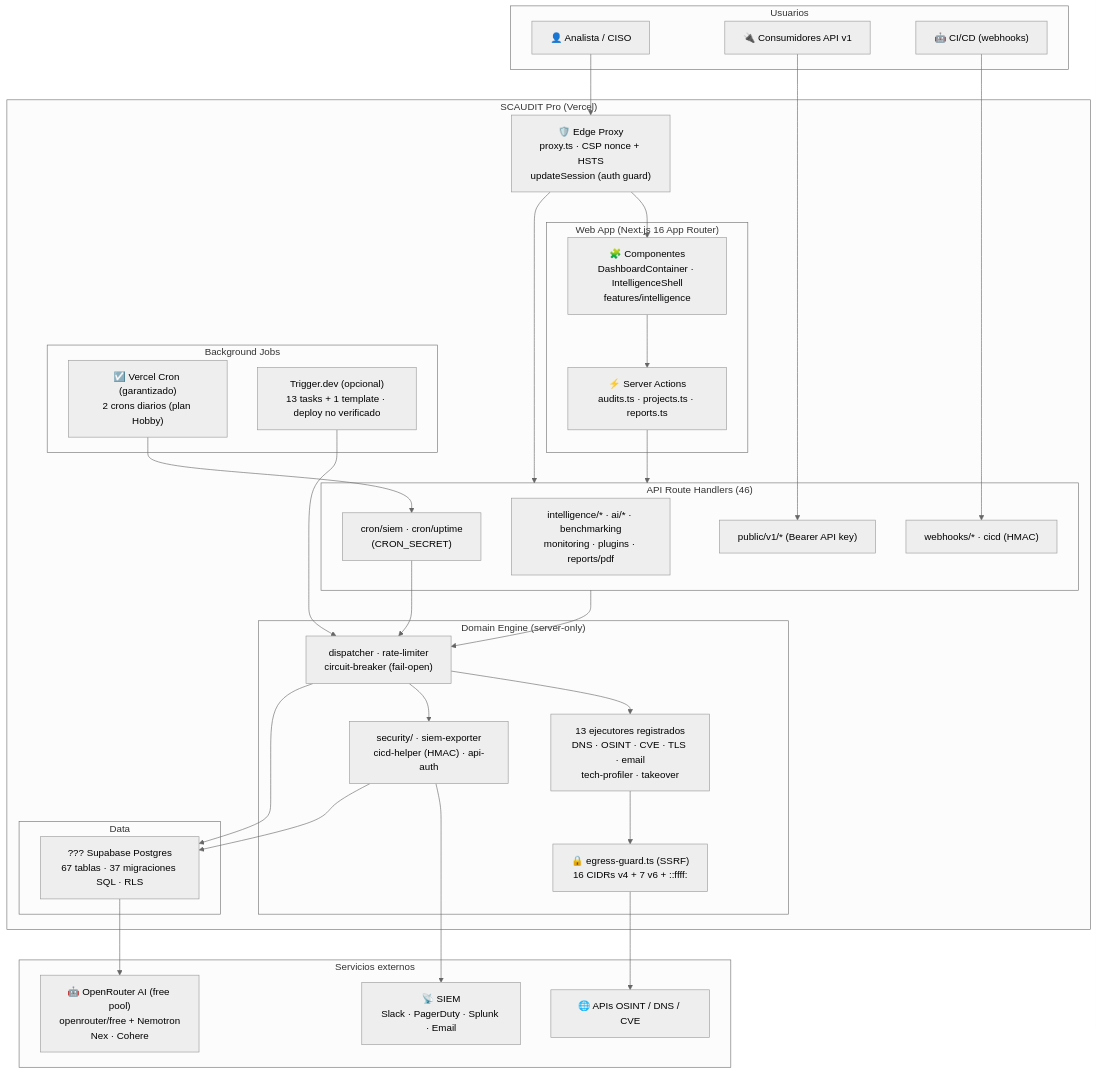
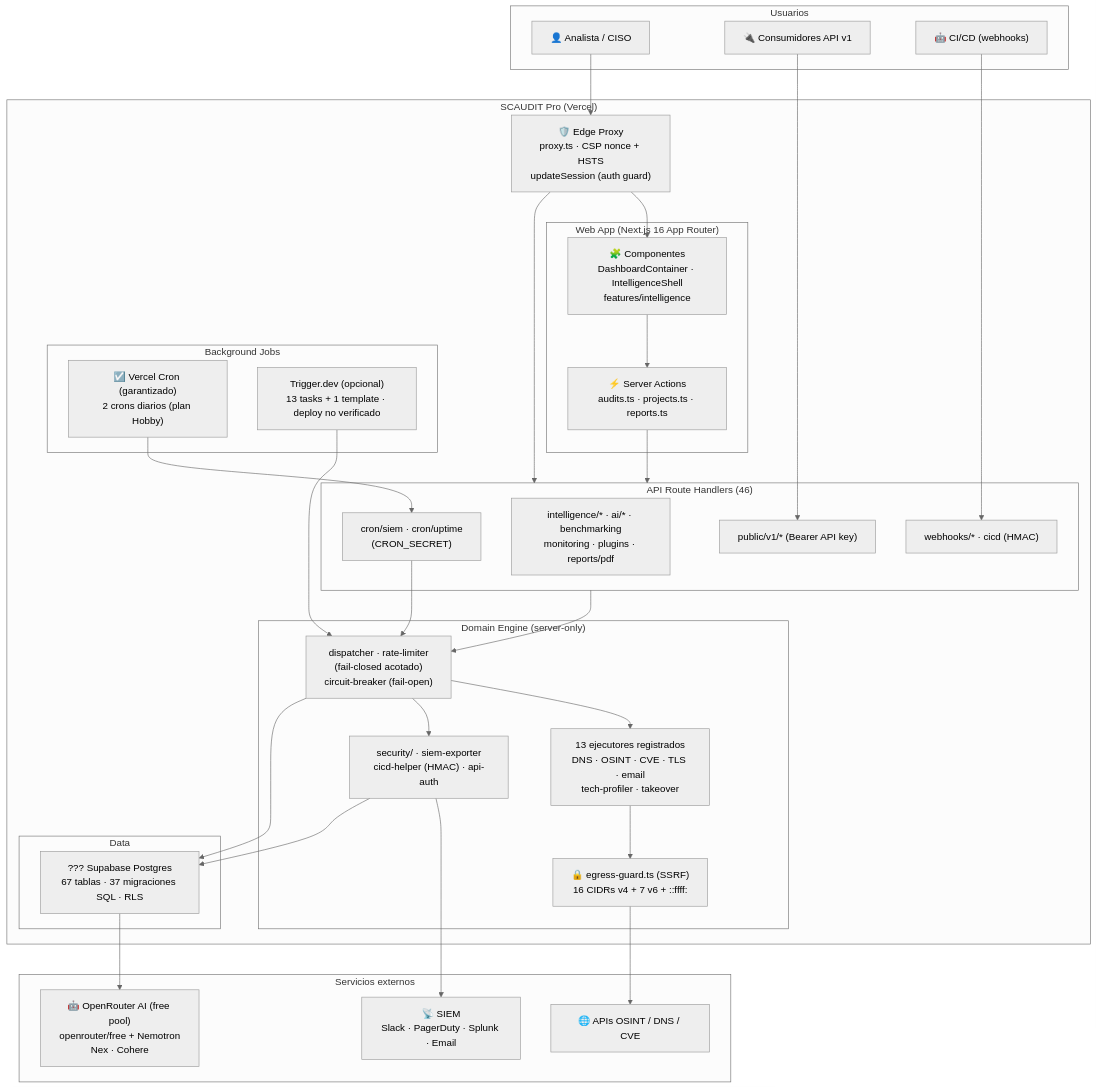
One commit to StrategicConnex/StrategicConnexAudit changed the first of 14 diagrams in README.md. Above: the diagram before and after it, drawn with Mermaid (neutral theme). The commit also changed other lines of this file and 8 other files, not shown here.

First line of the commit message:
docs: actualizar las referencias a fail-open del rate limit

````diff
--- a/README.md
+++ b/README.md
@@ -213,66 +213,66 @@
 ```mermaid
 flowchart TB
     subgraph PERSONAS["Usuarios"]
         P1["👤 Analista / CISO"]
         P2["🔌 Consumidores API v1"]
         P3["🤖 CI/CD (webhooks)"]
     end
 
     subgraph SCAUDIT["SCAUDIT Pro (Vercel)"]
         EDGE["🛡️ Edge Proxy<br/>proxy.ts · CSP nonce + HSTS<br/>updateSession (auth guard)"]
 
         subgraph WEB["Web App (Next.js 16 App Router)"]
             UI["🧩 Componentes<br/>DashboardContainer · IntelligenceShell<br/>features/intelligence"]
             ACT["⚡ Server Actions<br/>audits.ts · projects.ts · reports.ts"]
         end
 
         subgraph API["API Route Handlers (46)"]
             API_IT["intelligence/* · ai/* · benchmarking<br/>monitoring · plugins · reports/pdf"]
             API_PUB["public/v1/* (Bearer API key)"]
             API_WEB["webhooks/* · cicd (HMAC)"]
             API_CRON["cron/siem · cron/uptime<br/>(CRON_SECRET)"]
         end
 
         subgraph DOMAIN["Domain Engine (server-only)"]
-            CORE["dispatcher · rate-limiter<br/>circuit-breaker (fail-open)"]
+            CORE["dispatcher · rate-limiter<br/>(fail-closed acotado)<br/>circuit-breaker (fail-open)"]
             EXEC["13 ejecutores registrados<br/>DNS · OSINT · CVE · TLS · email<br/>tech-profiler · takeover"]
             EG["🔒 egress-guard.ts (SSRF)<br/>16 CIDRs v4 + 7 v6 + ::ffff:"]
             SEC["security/ · siem-exporter<br/>cicd-helper (HMAC) · api-auth"]
         end
 
         subgraph JOBS["Background Jobs"]
             VC["☑️ Vercel Cron (garantizado)<br/>2 crons diarios (plan Hobby)"]
             TD["Trigger.dev (opcional)<br/>13 tasks + 1 template · deploy no verificado"]
         end
 
         subgraph DATA["Data"]
             DB["??? Supabase Postgres<br/>67 tablas · 37 migraciones SQL · RLS"]
         end
     end
 
     subgraph EXT["Servicios externos"]
         AI["🤖 OpenRouter AI (free pool)<br/>openrouter/free + Nemotron<br/>Nex · Cohere"]
         SIEM["📡 SIEM<br/>Slack · PagerDuty · Splunk · Email"]
         OSINT["🌐 APIs OSINT / DNS / CVE"]
     end
 
     P1 --> EDGE
     P2 --> API_PUB
     P3 --> API_WEB
     EDGE --> UI
     EDGE --> API
     UI --> ACT
     ACT --> API
     API --> CORE
     CORE --> EXEC
     EXEC --> EG
     EG --> OSINT
     CORE --> SEC
     SEC --> SIEM
     VC --> API_CRON
     API_CRON --> CORE
     TD --> CORE
     CORE --> DB
     DB --> AI
     SEC --> DB
 ```
````
